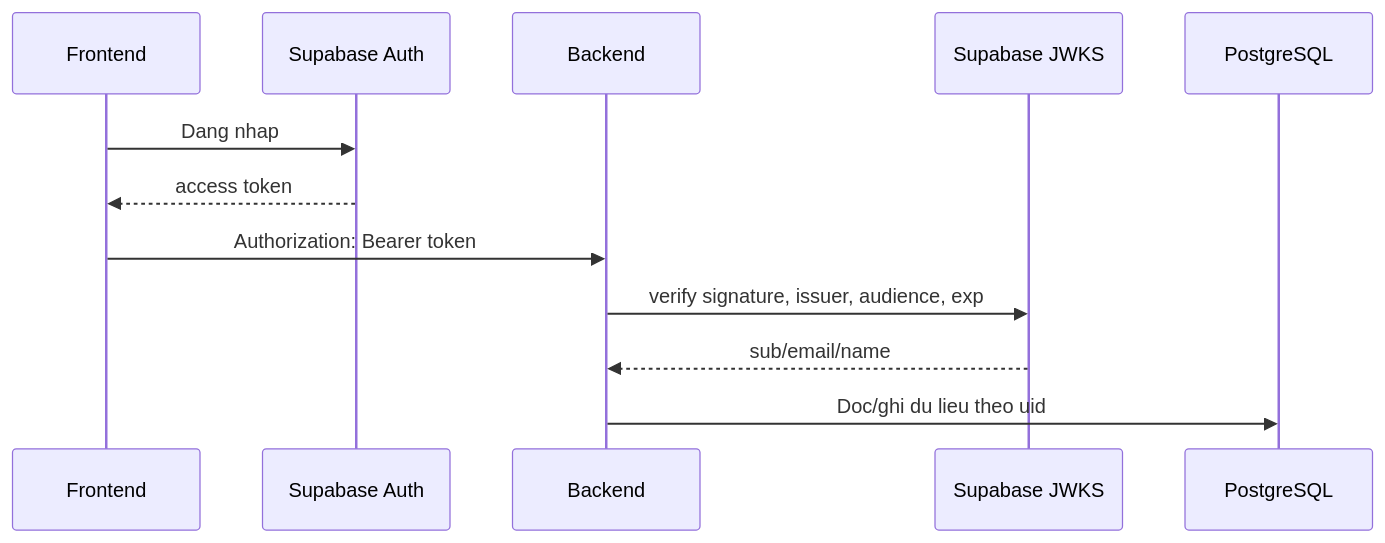
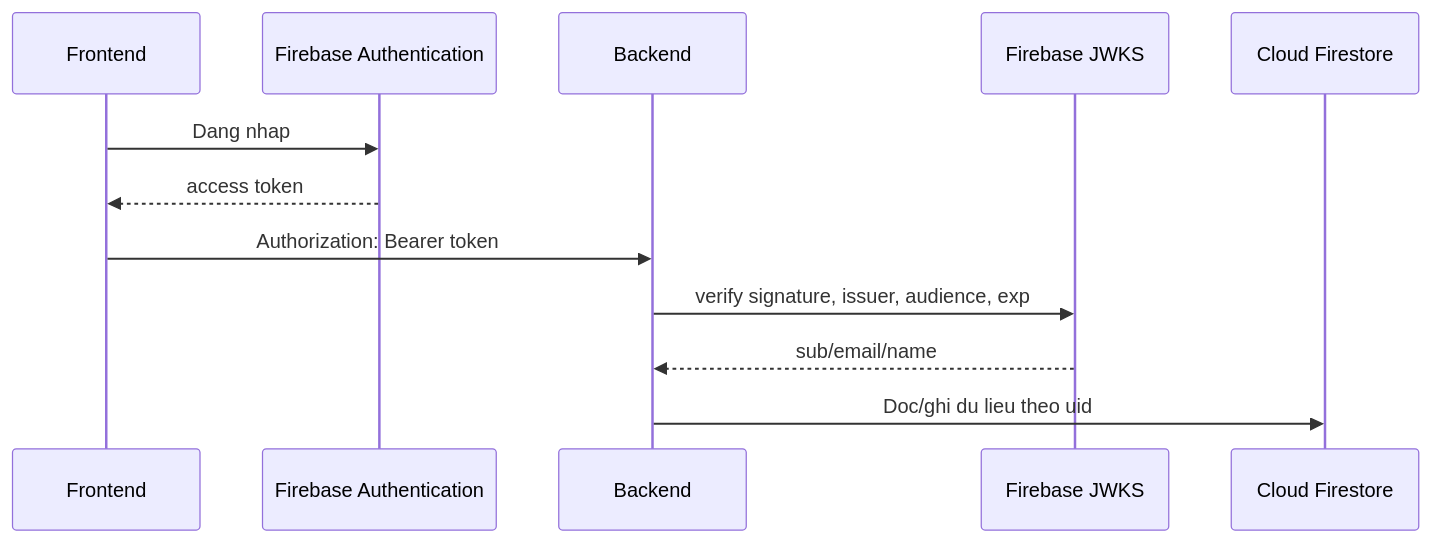
One commit to TechFutureAIFPT/TechFutureAI changed the diagram in Document/01-Tai-Lieu-Du-An/07-database-auth-storage.md. Above: the diagram before and after it, drawn with Mermaid. The commit also changed other lines of this file and 38 other files, not shown here.

````diff
--- a/Document/01-Tai-Lieu-Du-An/07-database-auth-storage.md
+++ b/Document/01-Tai-Lieu-Du-An/07-database-auth-storage.md
@@ -11,15 +11,15 @@
 ```mermaid
 sequenceDiagram
     participant FE as Frontend
-    participant FA as Supabase Auth
+    participant FA as Firebase Authentication
     participant BE as Backend
-    participant JWKS as Supabase JWKS
-    participant DB as PostgreSQL
+    participant JWKS as Firebase JWKS
+    participant DB as Cloud Firestore
 
     FE->>FA: Dang nhap
     FA-->>FE: access token
     FE->>BE: Authorization: Bearer token
     BE->>JWKS: verify signature, issuer, audience, exp
     JWKS-->>BE: sub/email/name
     BE->>DB: Doc/ghi du lieu theo uid
 ```
````
